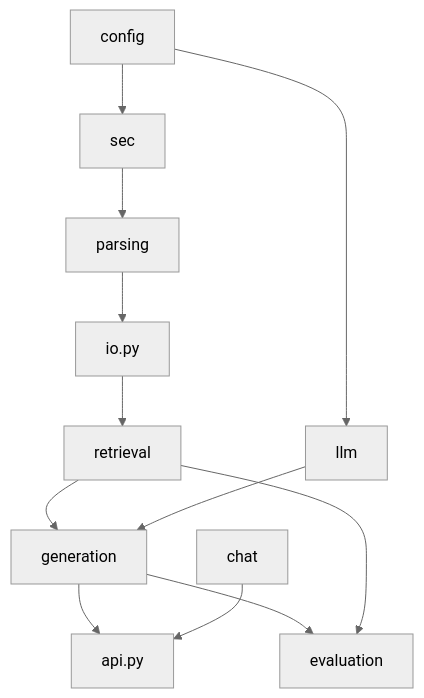
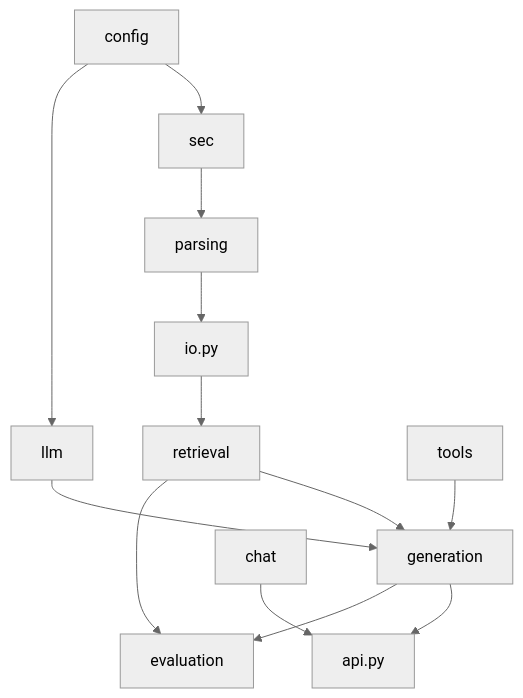
One commit to nikolabakic/Banking-Technology-and-Operational-Risk-Intelligence-Assistant changed the diagram in src/bankscope/README.md. Above: the diagram before and after it, drawn with Mermaid (neutral theme). The commit also changed other lines of this file and 45 other files, not shown here.

````diff
--- a/src/bankscope/README.md
+++ b/src/bankscope/README.md
@@ -9,14 +9,15 @@
 ```mermaid
 flowchart TD
     Config[config] --> SEC[sec]
     SEC --> Parsing[parsing]
     Parsing --> IO[io.py]
     IO --> Retrieval[retrieval]
     Retrieval --> Generation[generation]
     Config --> LLM[llm]
     LLM --> Generation
+    Tools[tools] --> Generation
     Generation --> API[api.py]
     Chat[chat] --> API
     Generation --> Evaluation[evaluation]
     Retrieval --> Evaluation
 ```
````
